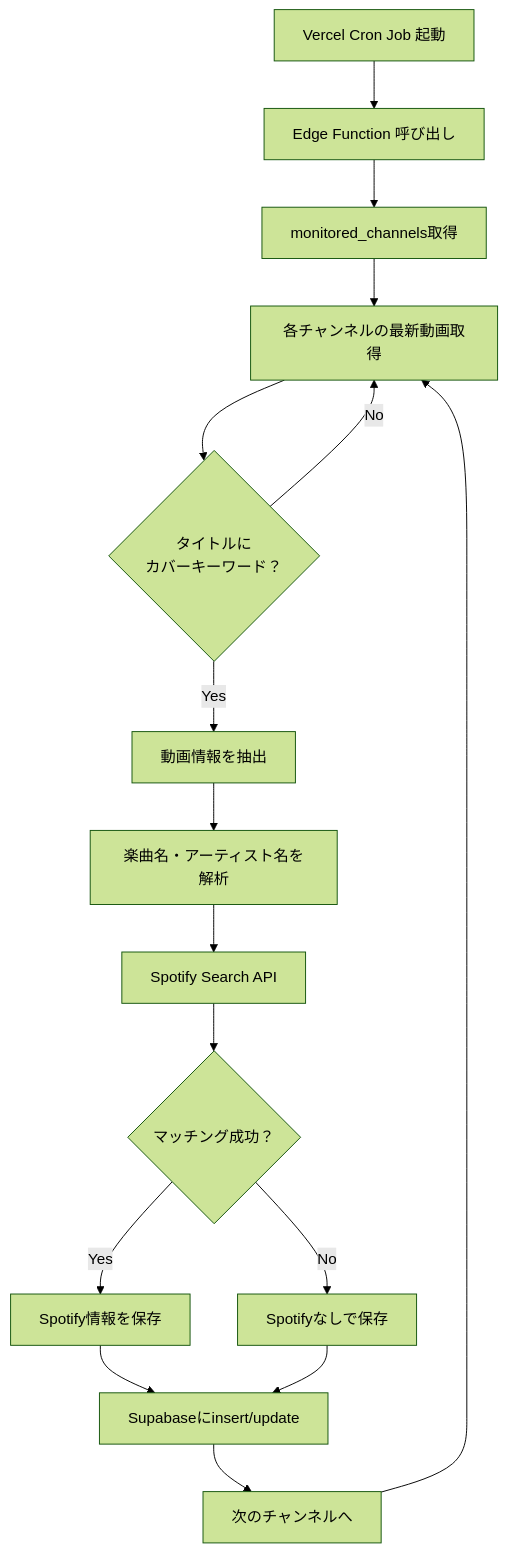
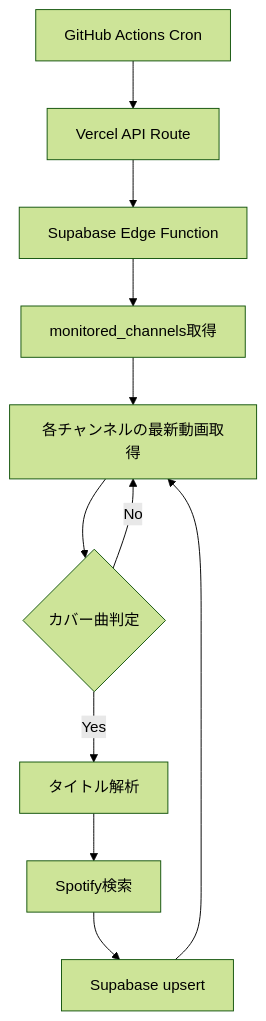
The diagram in doc/requirements.md (kaguya25/oshiga-utatteta), drawn with Mermaid (forest theme) before and after one commit. The commit also changed other lines of this file and 2 other files, not shown here.

Commit message:
docs: update README, requirements, supabase docs to match current state

````diff
--- a/doc/requirements.md
+++ b/doc/requirements.md
@@ -153,18 +144,13 @@
 ```mermaid
 flowchart TD
-    A[Vercel Cron Job 起動] --> B[Edge Function 呼び出し]
-    B --> C[monitored_channels取得]
-    C --> D[各チャンネルの最新動画取得]
-    D --> E{タイトルに<br/>カバーキーワード？}
-    E -->|Yes| F[動画情報を抽出]
-    E -->|No| D
-    F --> G[楽曲名・アーティスト名を解析]
-    G --> H[Spotify Search API]
-    H --> I{マッチング成功？}
-    I -->|Yes| J[Spotify情報を保存]
-    I -->|No| K[Spotifyなしで保存]
-    J --> L[Supabaseにinsert/update]
-    K --> L
-    L --> M[次のチャンネルへ]
-    M --> D
+    A[GitHub Actions Cron] --> B[Vercel API Route]
+    B --> C[Supabase Edge Function]
+    C --> D[monitored_channels取得]
+    D --> E[各チャンネルの最新動画取得]
+    E --> F{カバー曲判定}
+    F -->|Yes| G[タイトル解析]
+    F -->|No| E
+    G --> H[Spotify検索]
+    H --> I[Supabase upsert]
+    I --> E
 ```
````
